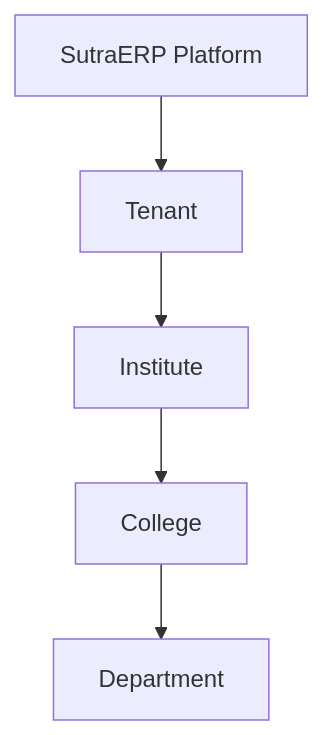
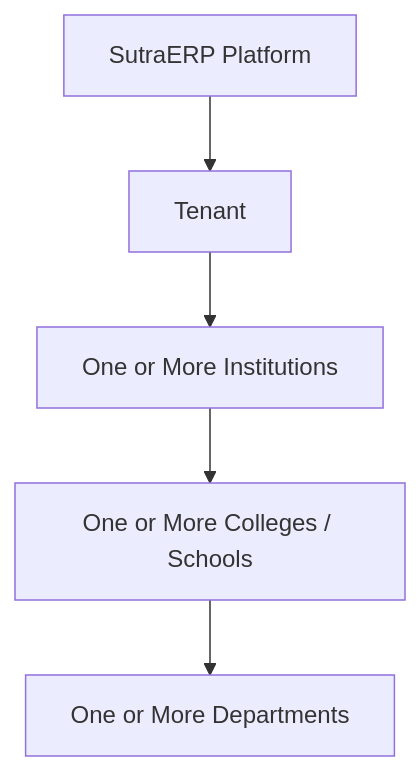
Before and after one commit to Varad1604/ERP_hark: the third of 42 diagrams in architecture/L1_Business_Domain_Architecture/SutraERP_L1_Business_Domain_Architecture_Locked.md, drawn with Mermaid. The commit also changed other lines of this file and 39 other files, not shown here.

````diff
--- a/architecture/L1_Business_Domain_Architecture/SutraERP_L1_Business_Domain_Architecture_Locked.md
+++ b/architecture/L1_Business_Domain_Architecture/SutraERP_L1_Business_Domain_Architecture_Locked.md
@@ -153,13 +158,13 @@
 ```mermaid
 flowchart TD
 
 Platform[SutraERP Platform]
 
-Platform-->Tenant
+Platform-->Tenant[Tenant]
 
-Tenant-->Institute
+Tenant-->Institute[One or More Institutions]
 
-Institute-->College
+Institute-->College[One or More Colleges / Schools]
 
-College-->Department
+College-->Department[One or More Departments]
 ```
````
